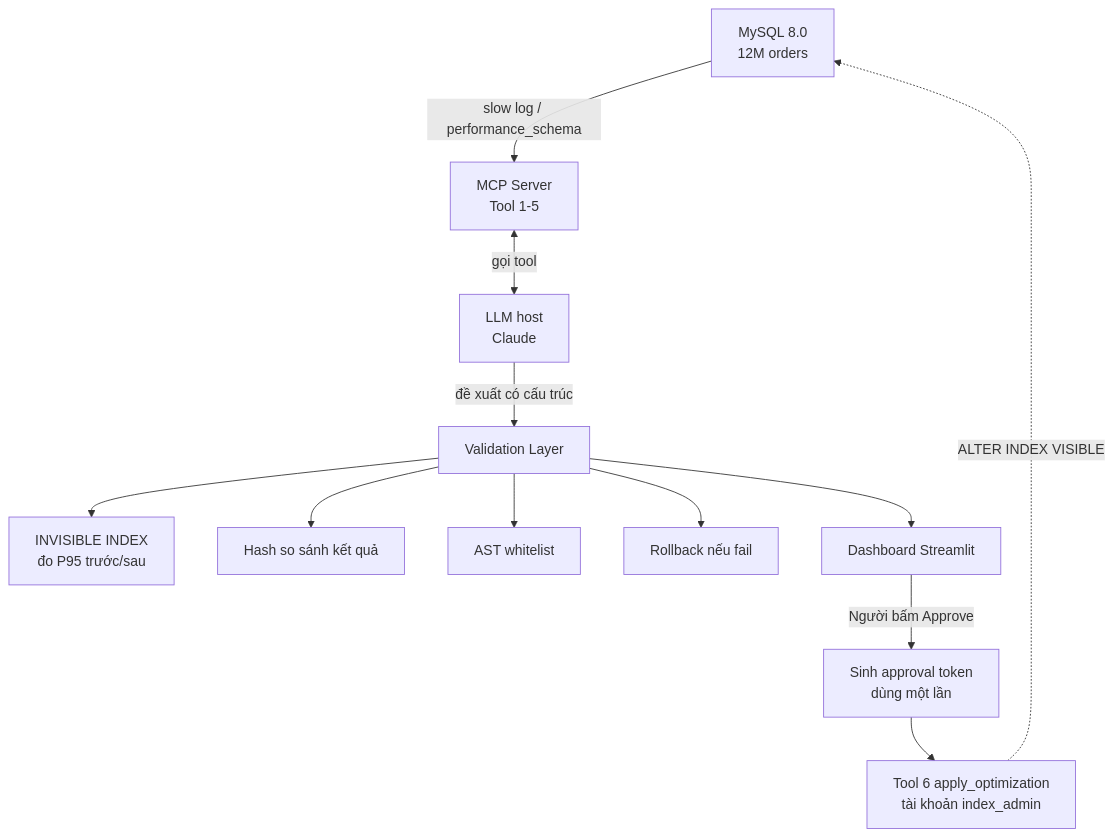
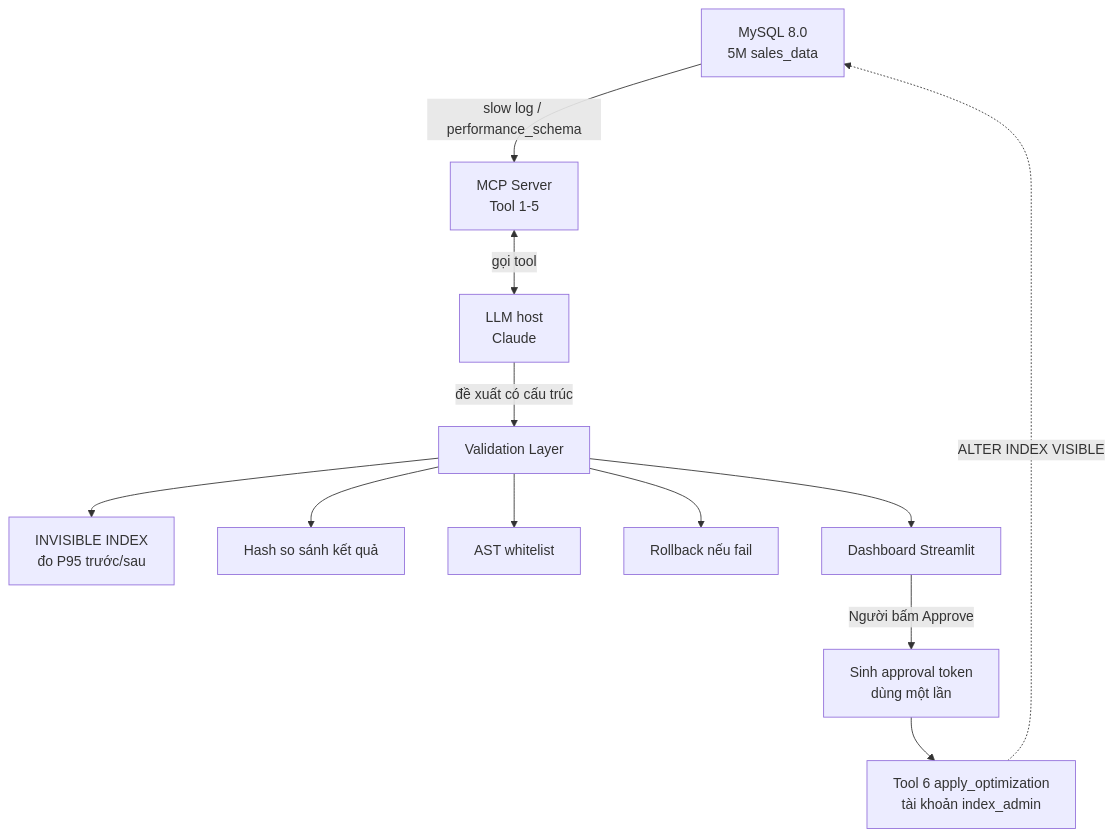
The diagram in README.md (lam-vu6868/mcp-slowquery-optimizer), drawn with Mermaid before and after one commit. The commit also changed other lines of this file and 6 other files, not shown here.

````diff
--- a/README.md
+++ b/README.md
@@ -29,14 +29,14 @@
 ```mermaid
 flowchart TD
-    A[MySQL 8.0<br/>12M orders] -->|slow log / performance_schema| B[MCP Server<br/>Tool 1-5]
+    A[MySQL 8.0<br/>5M sales_data] -->|slow log / performance_schema| B[MCP Server<br/>Tool 1-5]
     B <-->|gọi tool| C[LLM host<br/>Claude]
     C -->|đề xuất có cấu trúc| V[Validation Layer]
     V --> V1[INVISIBLE INDEX<br/>đo P95 trước/sau]
     V --> V2[Hash so sánh kết quả]
     V --> V3[AST whitelist]
     V --> V4[Rollback nếu fail]
     V --> D[Dashboard Streamlit]
     D -->|Người bấm Approve| T[Sinh approval token<br/>dùng một lần]
     T --> B6[Tool 6 apply_optimization<br/>tài khoản index_admin]
     B6 -.->|ALTER INDEX VISIBLE| A
 ```
````
